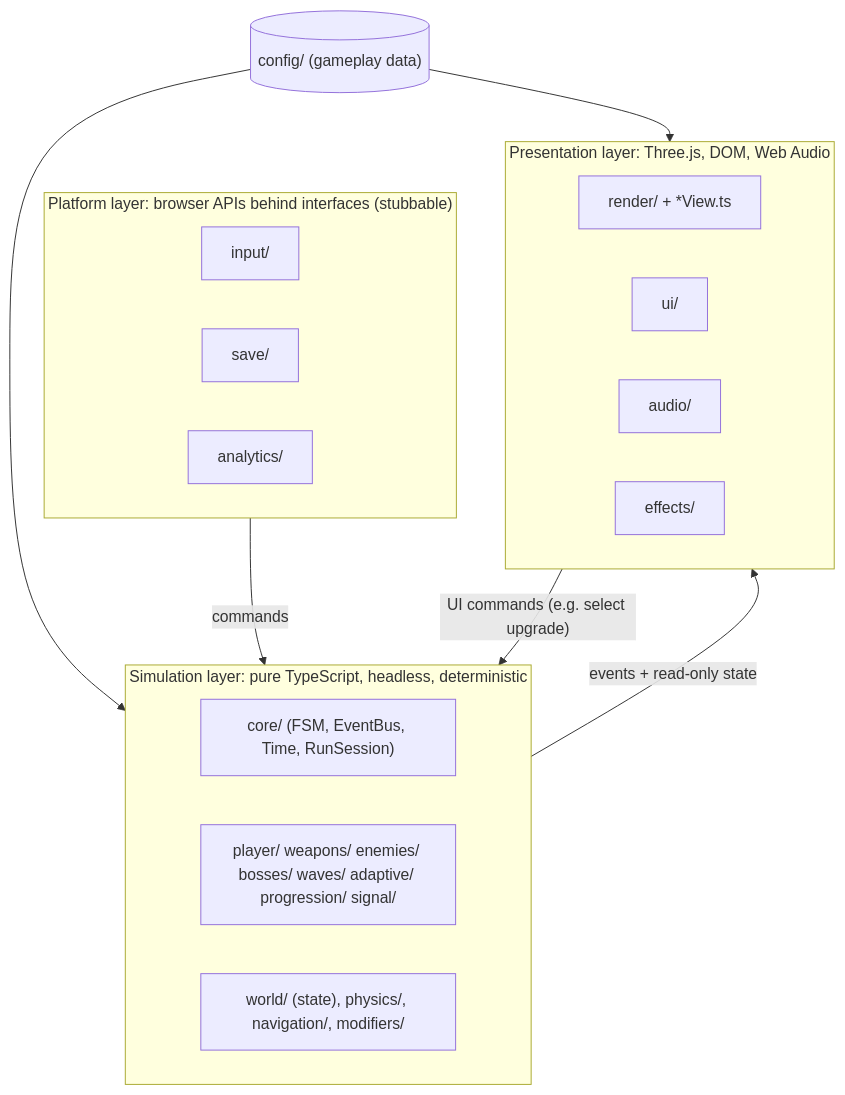
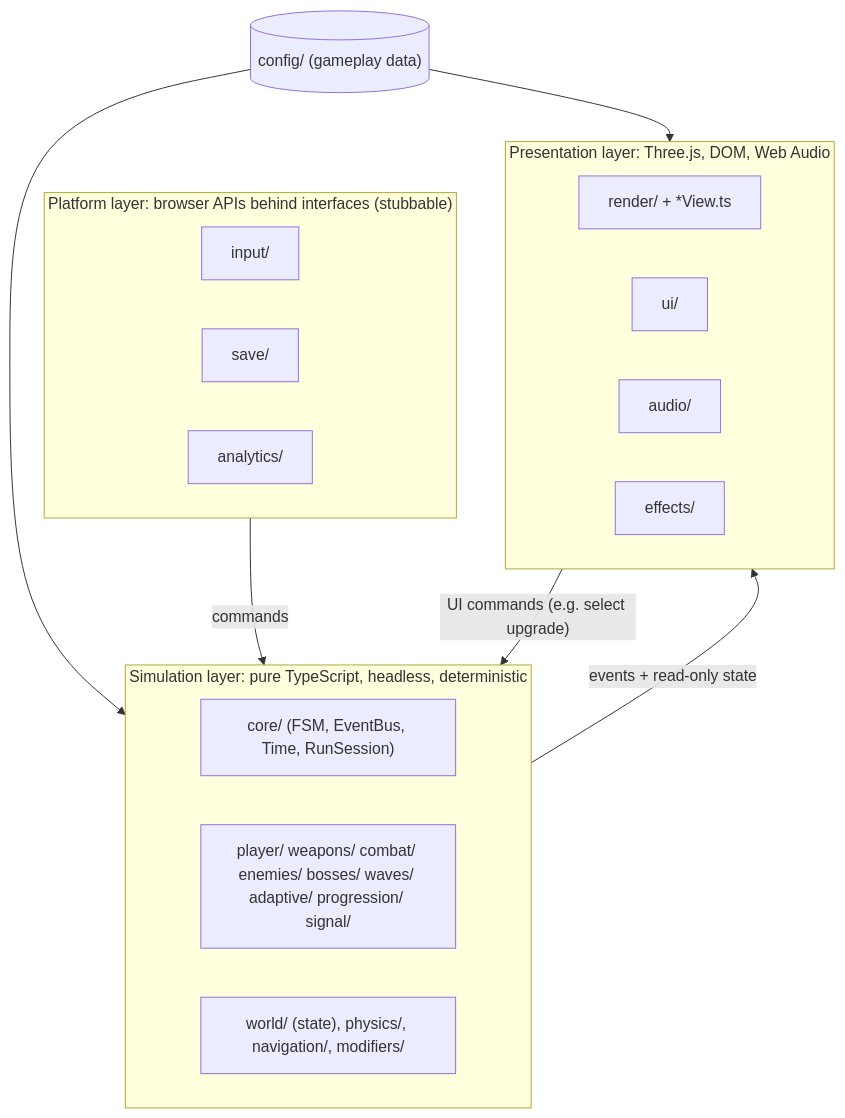
The first of 2 diagrams in ARCHITECTURE.md (yusuf-mo-ali/The-Last-Signal), drawn with Mermaid before and after one commit. The commit also changed other lines of this file and 43 other files, not shown here.

````diff
--- a/ARCHITECTURE.md
+++ b/ARCHITECTURE.md
@@ -33,25 +34,25 @@
 ```mermaid
 flowchart TB
   subgraph Platform["Platform layer: browser APIs behind interfaces (stubbable)"]
     Input["input/"]
     Save["save/"]
     Analytics["analytics/"]
   end
   subgraph Simulation["Simulation layer: pure TypeScript, headless, deterministic"]
     Core["core/ (FSM, EventBus, Time, RunSession)"]
-    Gameplay["player/ weapons/ enemies/ bosses/ waves/ adaptive/ progression/ signal/"]
+    Gameplay["player/ weapons/ combat/ enemies/ bosses/ waves/ adaptive/ progression/ signal/"]
     WorldSim["world/ (state), physics/, navigation/, modifiers/"]
   end
   subgraph Presentation["Presentation layer: Three.js, DOM, Web Audio"]
     Render["render/ + *View.ts"]
     UI["ui/"]
     Audio["audio/"]
     VFX["effects/"]
   end
   Config[("config/ (gameplay data)")]
   Platform -->|"commands"| Simulation
   Simulation -->|"events + read-only state"| Presentation
   Presentation -->|"UI commands (e.g. select upgrade)"| Simulation
   Config --> Simulation
   Config --> Presentation
 ```
````
